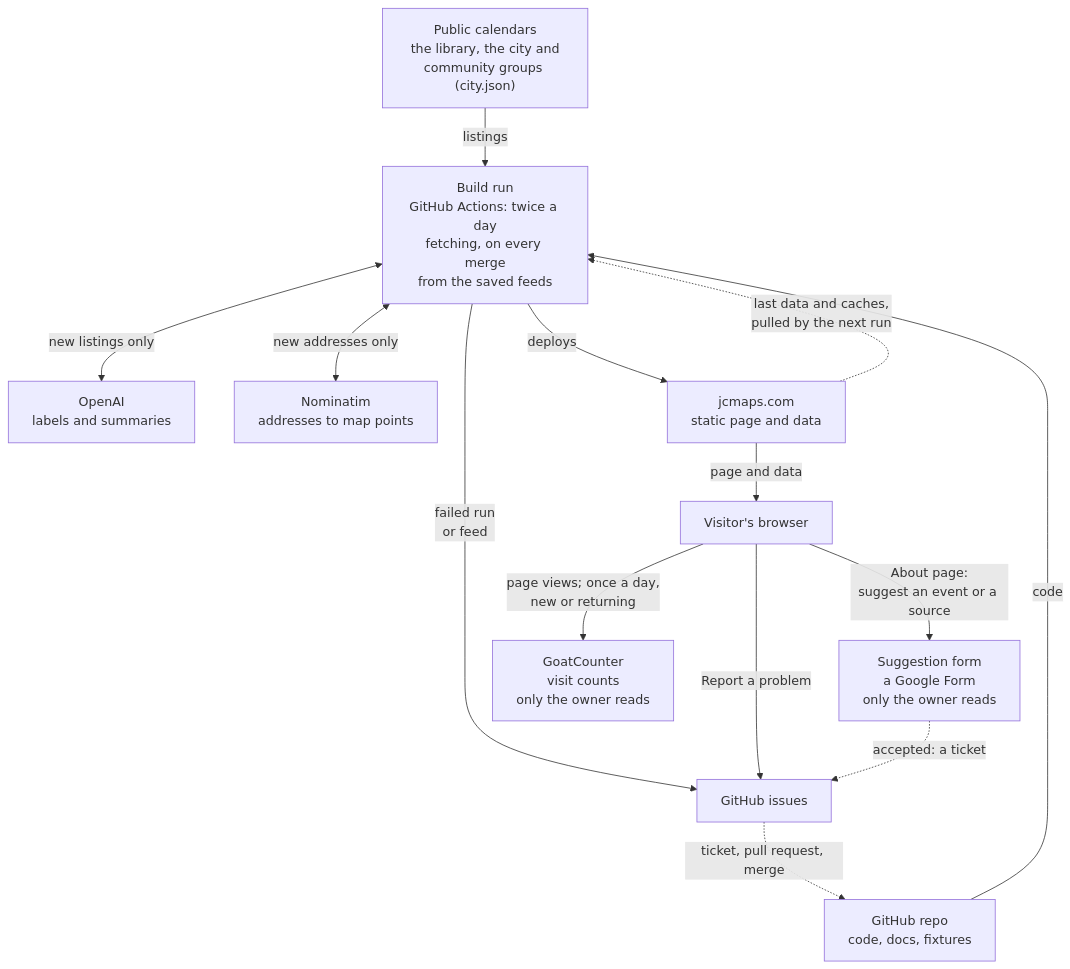
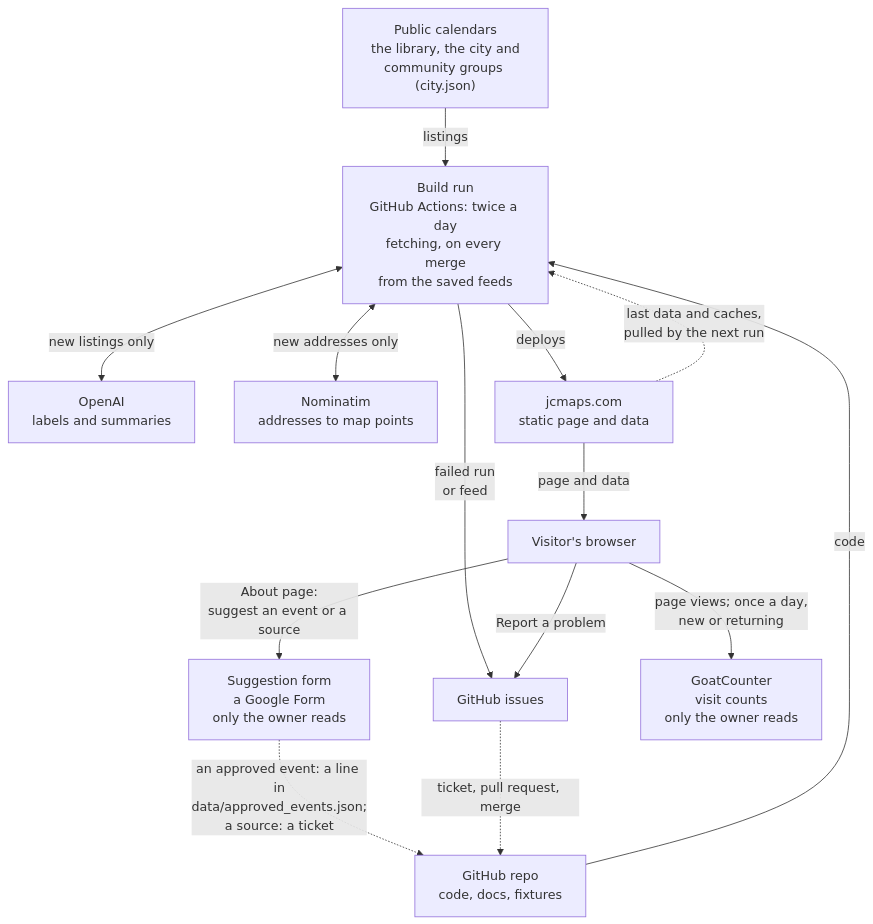
The first of 2 diagrams in docs/how-it-works.md (taneta/jcmaps), drawn with Mermaid before and after one commit. The commit also changed other lines of this file and 12 other files, not shown here.

Commit message:
An event the owner approves from the suggestion form shows on the map (#37)

````diff
--- a/docs/how-it-works.md
+++ b/docs/how-it-works.md
@@ -9,28 +9,28 @@
 ```mermaid
 flowchart TD
     %% Mirrors .github/workflows/build.yml. Update it when the run, a trigger or a service changes.
     feeds["Public calendars<br/>the library, the city and<br/>community groups (city.json)"]
     repo["GitHub repo<br/>code, docs, fixtures"]
     run["Build run<br/>GitHub Actions: twice a day<br/>fetching, on every merge<br/>from the saved feeds"]
     openai["OpenAI<br/>labels and summaries"]
     nominatim["Nominatim<br/>addresses to map points"]
     site["jcmaps.com<br/>static page and data"]
     visitor["Visitor's browser"]
     issues["GitHub issues"]
     form["Suggestion form<br/>a Google Form<br/>only the owner reads"]
     counter["GoatCounter<br/>visit counts<br/>only the owner reads"]
 
     feeds -->|listings| run
     repo -->|code| run
     run <-->|new listings only| openai
     run <-->|new addresses only| nominatim
     run -->|deploys| site
     site -->|page and data| visitor
     run -->|failed run<br/>or feed| issues
     visitor -->|Report a problem| issues
     visitor -->|About page:<br/>suggest an event or a source| form
-    form -.->|accepted: a ticket| issues
+    form -.->|an approved event: a line in<br/>data/approved_events.json;<br/>a source: a ticket| repo
     visitor -->|page views; once a day,<br/>new or returning| counter
     site -.->|last data and caches,<br/>pulled by the next run| run
     issues -.->|ticket, pull request, merge| repo
 ```
````
